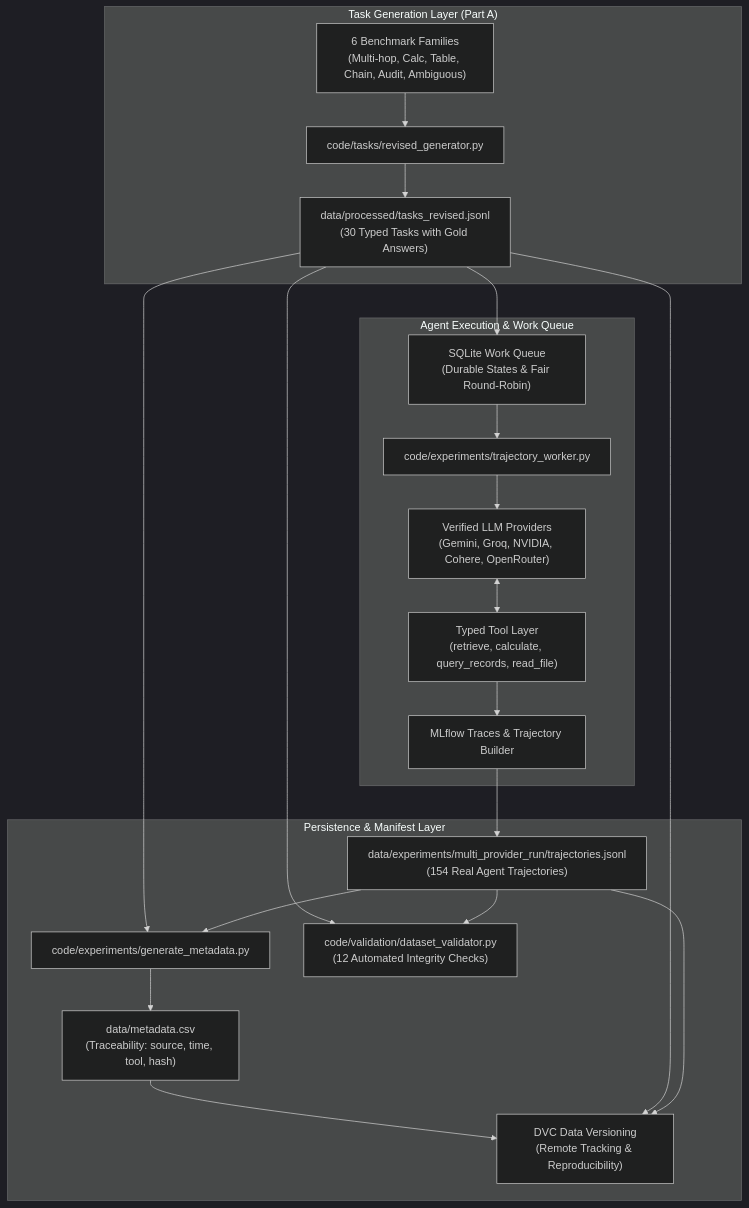
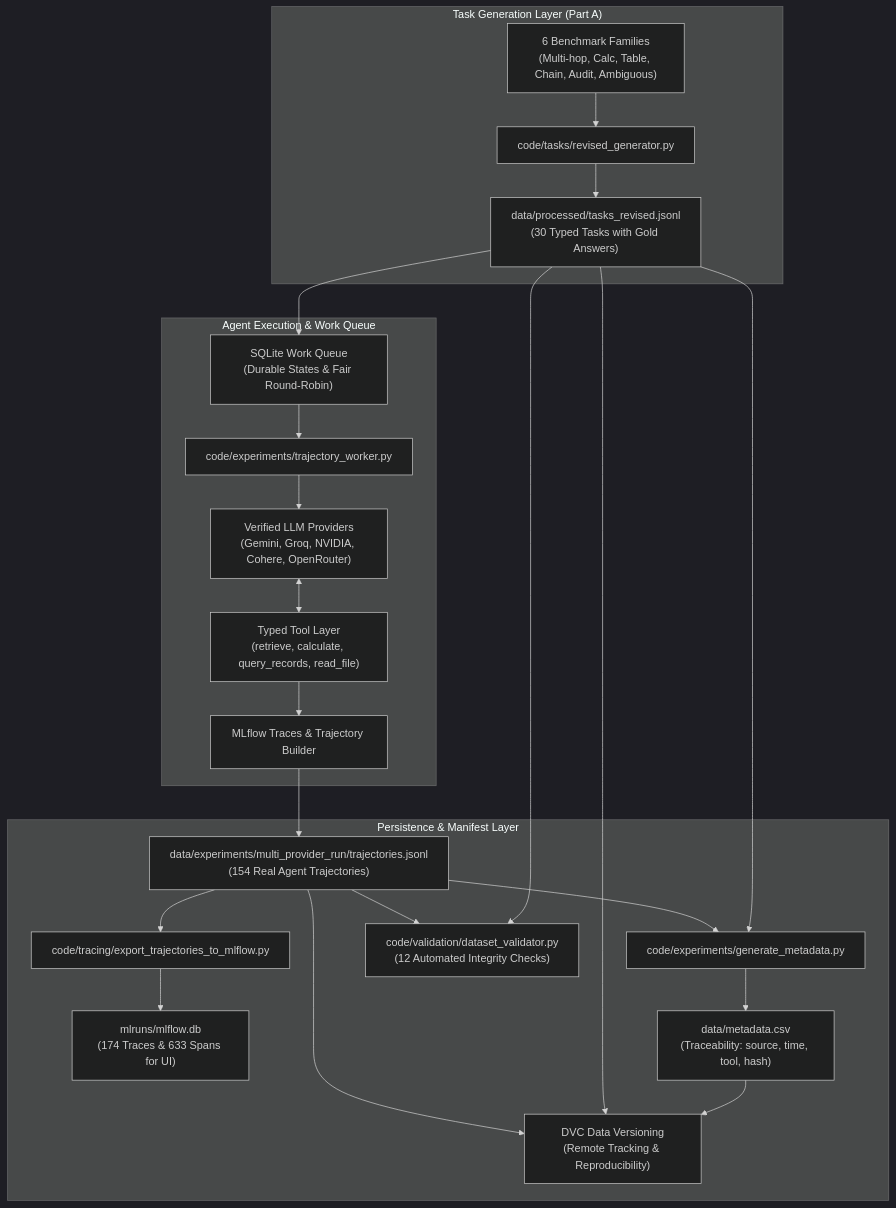
The diagram in docs/DATA_COLLECTION.md (VedantSharan/AgentEvalOps), drawn with Mermaid (dark theme) before and after one commit. The commit also changed other lines of this file and 8 other files, not shown here.

Commit message:
docs: document MLflow tracing architecture, runner vs trajectory_worker justification, and update gold task sha256

````diff
--- a/docs/DATA_COLLECTION.md
+++ b/docs/DATA_COLLECTION.md
@@ -26,23 +26,25 @@
 ```mermaid
 flowchart TD
     subgraph Task_Generation ["Task Generation Layer (Part A)"]
         Seed["6 Benchmark Families<br/>(Multi-hop, Calc, Table, Chain, Audit, Ambiguous)"] --> Generator["code/tasks/revised_generator.py"]
         Generator --> Tasks["data/processed/tasks_revised.jsonl<br/>(30 Typed Tasks with Gold Answers)"]
     end
 
     subgraph Execution_Pipeline ["Agent Execution & Work Queue"]
         Tasks --> WorkQueue["SQLite Work Queue<br/>(Durable States & Fair Round-Robin)"]
         WorkQueue --> Worker["code/experiments/trajectory_worker.py"]
         Worker --> Providers["Verified LLM Providers<br/>(Gemini, Groq, NVIDIA, Cohere, OpenRouter)"]
         Providers <--> Tools["Typed Tool Layer<br/>(retrieve, calculate, query_records, read_file)"]
         Tools --> Traces["MLflow Traces & Trajectory Builder"]
     end
 
     subgraph Persistence_Validation ["Persistence & Manifest Layer"]
         Traces --> RawTraj["data/experiments/multi_provider_run/trajectories.jsonl<br/>(154 Real Agent Trajectories)"]
+        RawTraj --> MLflowAdapter["code/tracing/export_trajectories_to_mlflow.py"]
+        MLflowAdapter --> MLflowDB["mlruns/mlflow.db<br/>(174 Traces & 633 Spans for UI)"]
         Tasks & RawTraj --> MetaGen["code/experiments/generate_metadata.py"]
         MetaGen --> MetaCSV["data/metadata.csv<br/>(Traceability: source, time, tool, hash)"]
         Tasks & RawTraj --> Validator["code/validation/dataset_validator.py<br/>(12 Automated Integrity Checks)"]
         MetaCSV & Tasks & RawTraj --> DVC["DVC Data Versioning<br/>(Remote Tracking & Reproducibility)"]
     end
 ```
````
